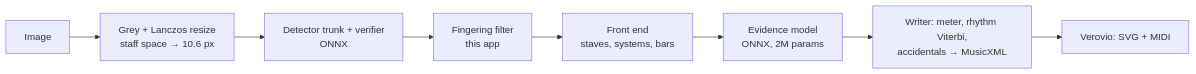
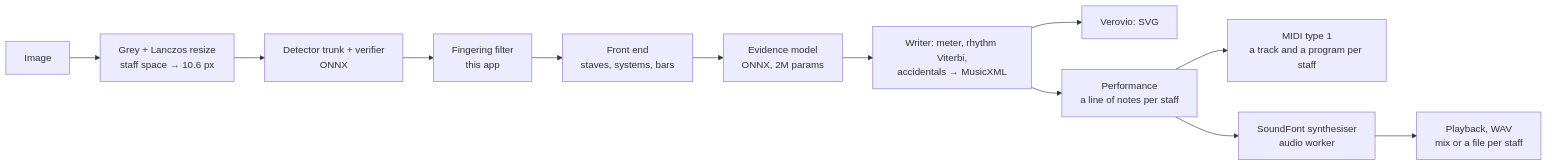
Before and after one commit to brunombo/OpticalMusicRecognition: the diagram in README.md, drawn with Mermaid. The commit also changed other lines of this file and 21 other files, not shown here.

First line of the commit message:
Audio: an instrument per staff, own MIDI writer, SoundFont synthesiser, WAV export

````diff
--- a/README.md
+++ b/README.md
@@ -22,10 +22,14 @@
 ```mermaid
 flowchart LR
     A[Image] --> B[Grey + Lanczos resize<br/>staff space → 10.6 px]
     B --> C[Detector trunk + verifier<br/>ONNX]
     C --> D[Fingering filter<br/>this app]
     D --> E[Front end<br/>staves, systems, bars]
     E --> F[Evidence model<br/>ONNX, 2M params]
     F --> G[Writer: meter, rhythm Viterbi,<br/>accidentals → MusicXML]
-    G --> H[Verovio: SVG + MIDI]
+    G --> H[Verovio: SVG]
+    G --> I[Performance<br/>a line of notes per staff]
+    I --> J[MIDI type 1<br/>a track and a program per staff]
+    I --> K[SoundFont synthesiser<br/>audio worker]
+    K --> L[Playback, WAV<br/>mix or a file per staff]
 ```
````
